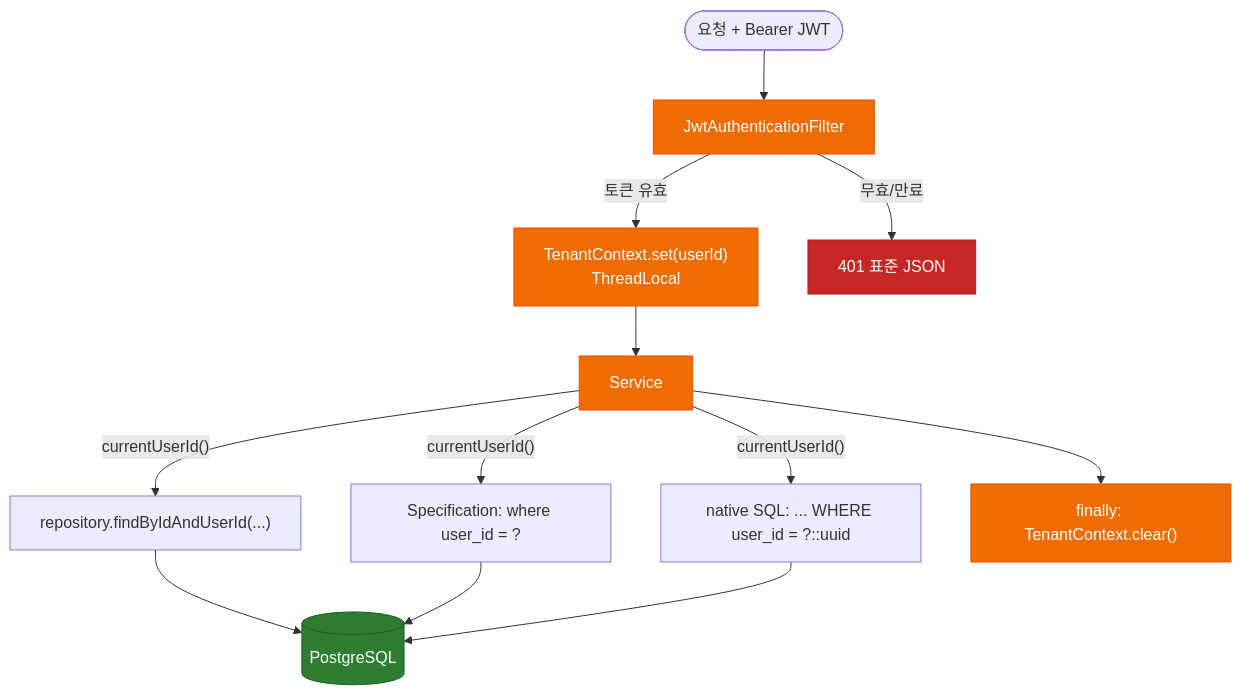
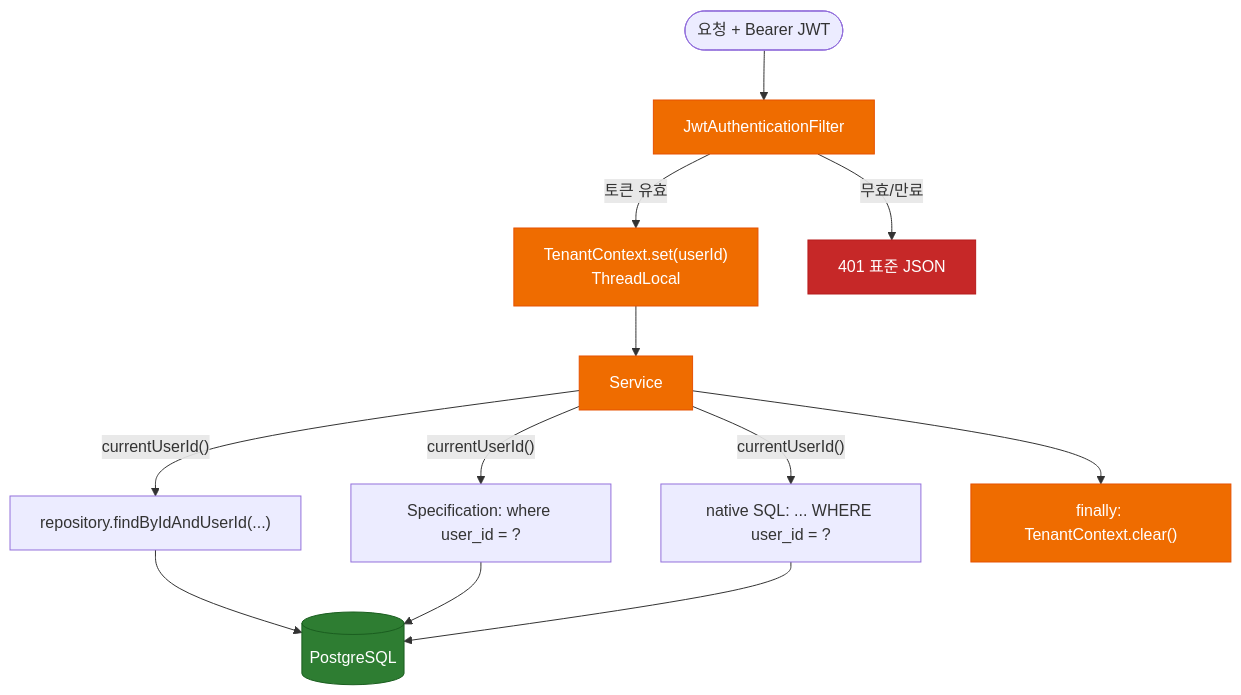
Before and after one commit to flori-ai-kr/api: the third of 10 diagrams in docs/ARCHITECTURE.md, drawn with Mermaid. The commit also changed other lines of this file and 185 other files, not shown here.

````diff
--- a/docs/ARCHITECTURE.md
+++ b/docs/ARCHITECTURE.md
@@ -234,19 +235,19 @@
 ```mermaid
 flowchart TB
     Req([요청 + Bearer JWT]) --> Filter[JwtAuthenticationFilter]
     Filter -->|"토큰 유효"| Set["TenantContext.set(userId)<br/>ThreadLocal"]
     Filter -->|"무효/만료"| Deny[401 표준 JSON]
     Set --> Svc[Service]
     Svc -->|"currentUserId()"| Q1["repository.findByIdAndUserId(...)"]
     Svc -->|"currentUserId()"| Q2["Specification: where user_id = ?"]
-    Svc -->|"currentUserId()"| Q3["native SQL: ... WHERE user_id = ?::uuid"]
+    Svc -->|"currentUserId()"| Q3["native SQL: ... WHERE user_id = ?"]
     Q1 & Q2 & Q3 --> DB[(PostgreSQL)]
     Svc --> Clear["finally: TenantContext.clear()"]
 
     classDef act fill:#ef6c00,color:#fff,stroke:#e65100
     classDef danger fill:#c62828,color:#fff,stroke:#b71c1c
     classDef store fill:#2e7d32,color:#fff,stroke:#1b5e20
     class Filter,Set,Svc,Clear act
     class Deny danger
     class DB store
 ```
````
